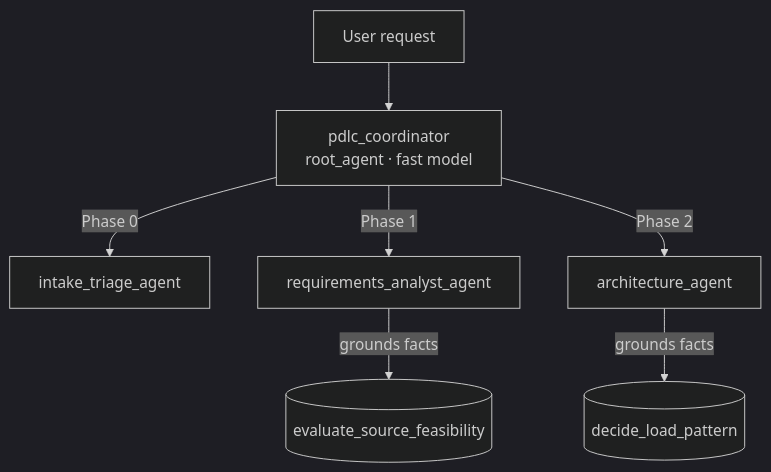
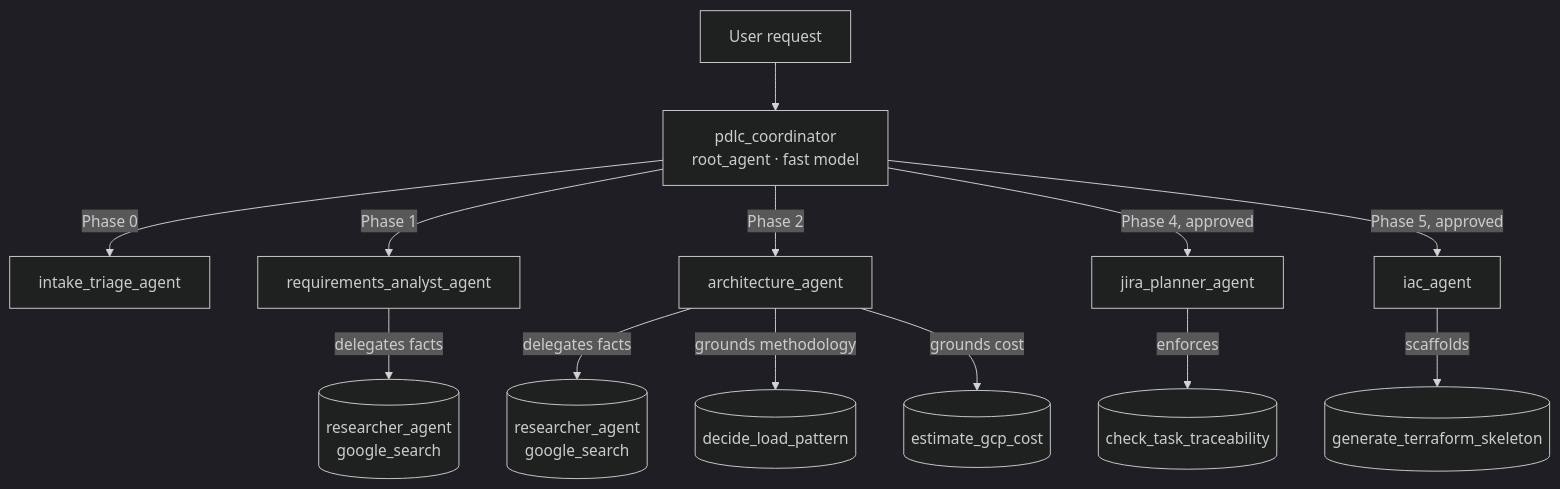
One commit to ozearkhan/gemini-hackathon changed the diagram in README.md. Above: the diagram before and after it, drawn with Mermaid (dark theme). The commit also changed other lines of this file and 21 other files, not shown here.

First line of the commit message:
GCP-native Phase 2 architecture: cost proposals + IaC generation (Phase 5)

````diff
--- a/README.md
+++ b/README.md
@@ -17,9 +17,15 @@
 ```mermaid
 flowchart TB
     U[User request] --> C[pdlc_coordinator<br/>root_agent · fast model]
     C -->|Phase 0| T[intake_triage_agent]
     C -->|Phase 1| R[requirements_analyst_agent]
     C -->|Phase 2| A[architecture_agent]
-    R -->|grounds facts| F[(evaluate_source_feasibility)]
-    A -->|grounds facts| L[(decide_load_pattern)]
+    C -->|Phase 4, approved| J[jira_planner_agent]
+    C -->|Phase 5, approved| I[iac_agent]
+    R -->|delegates facts| RR[(researcher_agent<br/>google_search)]
+    A -->|delegates facts| AR[(researcher_agent<br/>google_search)]
+    A -->|grounds methodology| L[(decide_load_pattern)]
+    A -->|grounds cost| E[(estimate_gcp_cost)]
+    J -->|enforces| TR[(check_task_traceability)]
+    I -->|scaffolds| G[(generate_terraform_skeleton)]
 ```
````
